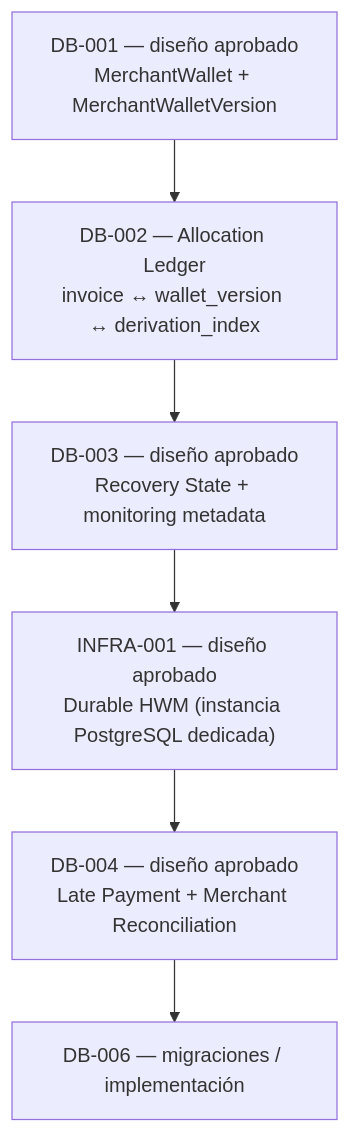
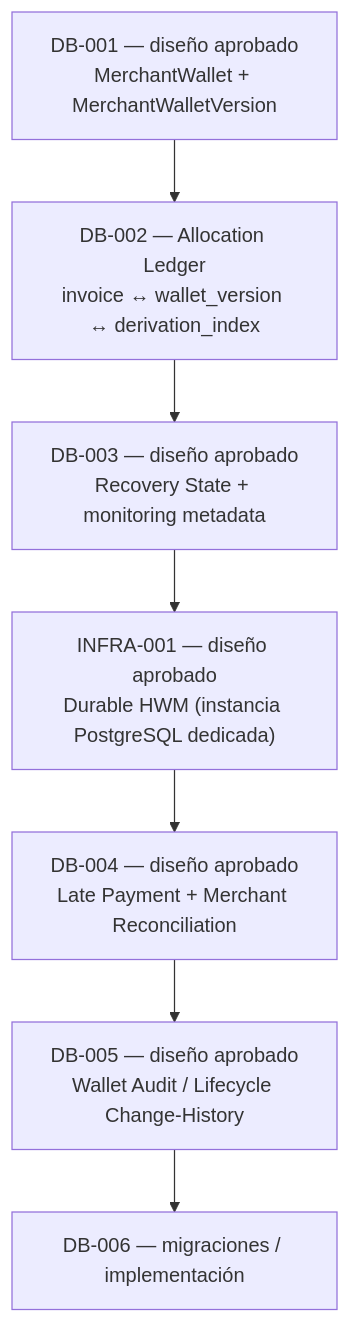
One commit to arcenioLupin/floweypay changed the diagram in docs/architecture/15-future-roadmap.md. Above: the diagram before and after it, drawn with Mermaid. The commit also changed other lines of this file and 6 other files, not shown here.

Commit message:
docs: define wallet lifecycle audit model

````diff
--- a/docs/architecture/15-future-roadmap.md
+++ b/docs/architecture/15-future-roadmap.md
@@ -32,10 +32,11 @@
 ```mermaid
 flowchart TB
     DB001["DB-001 — diseño aprobado<br/>MerchantWallet + MerchantWalletVersion"]
     DB002["DB-002 — Allocation Ledger<br/>invoice ↔ wallet_version ↔ derivation_index"]
     DB003["DB-003 — diseño aprobado<br/>Recovery State + monitoring metadata"]
     INFRA001["INFRA-001 — diseño aprobado<br/>Durable HWM (instancia PostgreSQL dedicada)"]
     DB004["DB-004 — diseño aprobado<br/>Late Payment + Merchant Reconciliation"]
+    DB005["DB-005 — diseño aprobado<br/>Wallet Audit / Lifecycle Change-History"]
     DB006["DB-006 — migraciones / implementación"]
-    DB001 --> DB002 --> DB003 --> INFRA001 --> DB004 --> DB006
+    DB001 --> DB002 --> DB003 --> INFRA001 --> DB004 --> DB005 --> DB006
 ```
````
